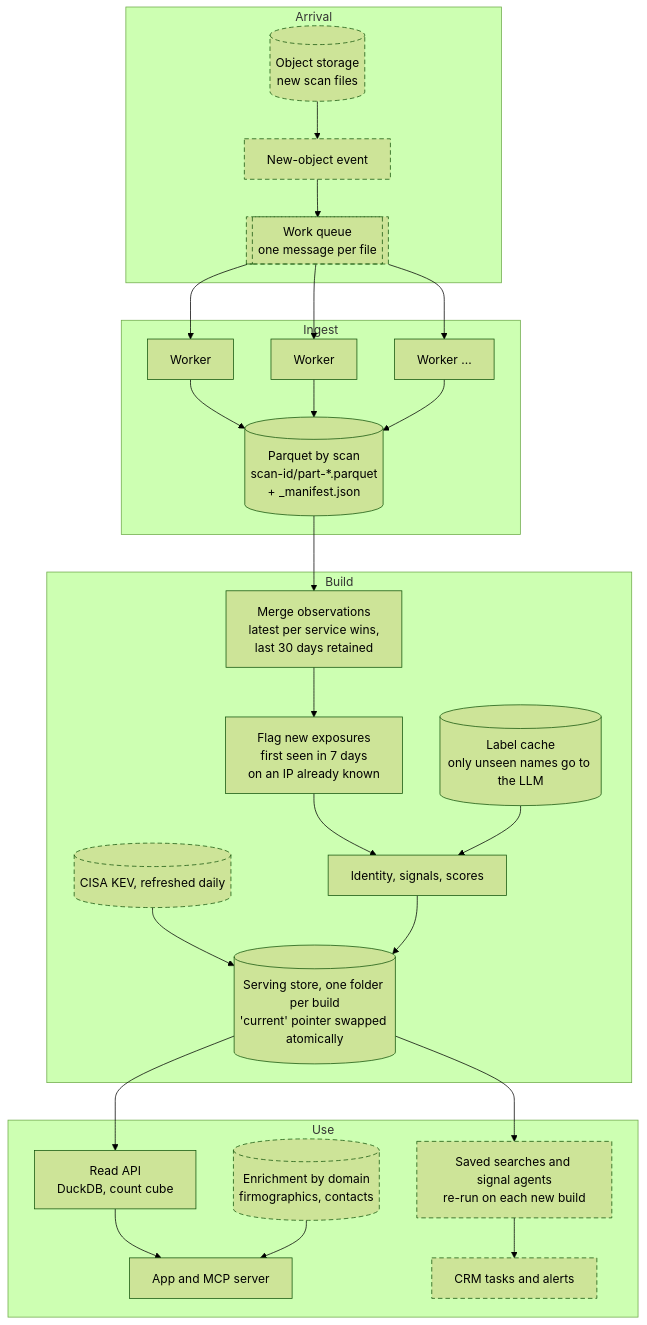
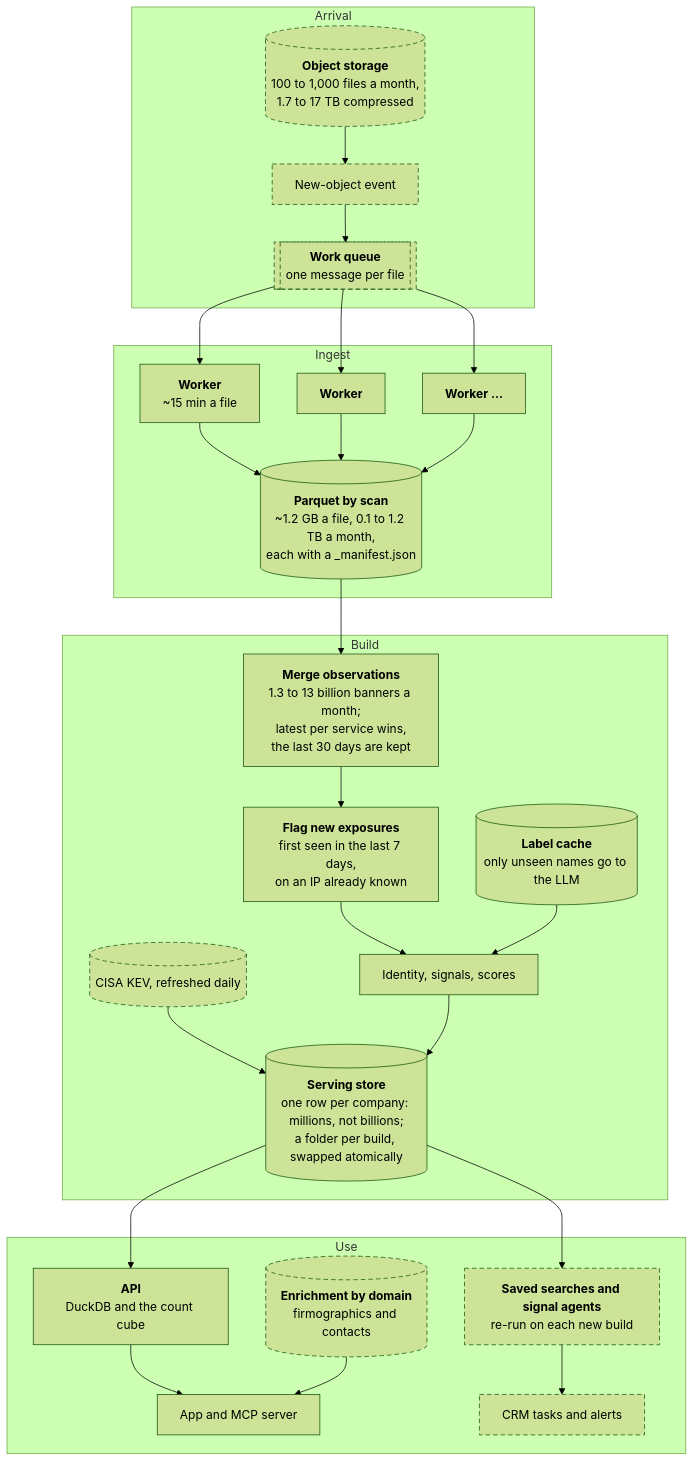
One commit to SahilChoudhary22/recon-sales-intelligence changed the third of 6 diagrams in docs/architecture.md. Above: the diagram before and after it, drawn with Mermaid (forest theme). The commit also changed other lines of this file and 11 other files, not shown here.

First line of the commit message:
README: walkthrough video and screen gallery; diagrams name each step and show production volume

````diff
--- a/docs/architecture.md
+++ b/docs/architecture.md
@@ -64,27 +64,27 @@
 ```mermaid
 flowchart TB
   subgraph arrive["Arrival"]
-    bucket[("Object storage<br/>new scan files")]:::designed --> event["New-object event"]:::designed
-    event --> queue[["Work queue<br/>one message per file"]]:::designed
+    bucket[("<b>Object storage</b><br/>100 to 1,000 files a month,<br/>1.7 to 17 TB compressed")]:::designed --> event["New-object event"]:::designed
+    event --> queue[["<b>Work queue</b><br/>one message per file"]]:::designed
   end
   subgraph ingest["Ingest"]
-    queue --> w1["Worker"] & w2["Worker"] & w3["Worker ..."]
-    w1 & w2 & w3 --> lake[("Parquet by scan<br/>scan-id/part-*.parquet<br/>+ _manifest.json")]
+    queue --> w1["<b>Worker</b><br/>~15 min a file"] & w2["<b>Worker</b>"] & w3["<b>Worker ...</b>"]
+    w1 & w2 & w3 --> lake[("<b>Parquet by scan</b><br/>~1.2 GB a file, 0.1 to 1.2 TB a month,<br/>each with a _manifest.json")]
   end
   subgraph build["Build"]
-    lake --> merge["Merge observations<br/>latest per service wins,<br/>last 30 days retained"]
-    merge --> fresh["Flag new exposures<br/>first seen in 7 days<br/>on an IP already known"]
+    lake --> merge["<b>Merge observations</b><br/>1.3 to 13 billion banners a month;<br/>latest per service wins,<br/>the last 30 days are kept"]
+    merge --> fresh["<b>Flag new exposures</b><br/>first seen in the last 7 days,<br/>on an IP already known"]
     fresh --> score["Identity, signals, scores"]
-    labels[("Label cache<br/>only unseen names go to the LLM")] --> score
+    labels[("<b>Label cache</b><br/>only unseen names go to the LLM")] --> score
     kev[("CISA KEV, refreshed daily")]:::designed --> index
-    score --> index[("Serving store, one folder per build<br/>'current' pointer swapped atomically")]
+    score --> index[("<b>Serving store</b><br/>one row per company: millions, not billions;<br/>a folder per build, swapped atomically")]
   end
   subgraph use["Use"]
-    index --> api["Read API<br/>DuckDB, count cube"]
+    index --> api["<b>API</b><br/>DuckDB and the count cube"]
     api --> app["App and MCP server"]
-    index --> agents["Saved searches and signal agents<br/>re-run on each new build"]:::designed
+    index --> agents["<b>Saved searches and signal agents</b><br/>re-run on each new build"]:::designed
     agents --> crm["CRM tasks and alerts"]:::designed
-    enrich[("Enrichment by domain<br/>firmographics, contacts")]:::designed --> app
+    enrich[("<b>Enrichment by domain</b><br/>firmographics and contacts")]:::designed --> app
   end
   classDef designed stroke-dasharray: 6 4
 ```
````
